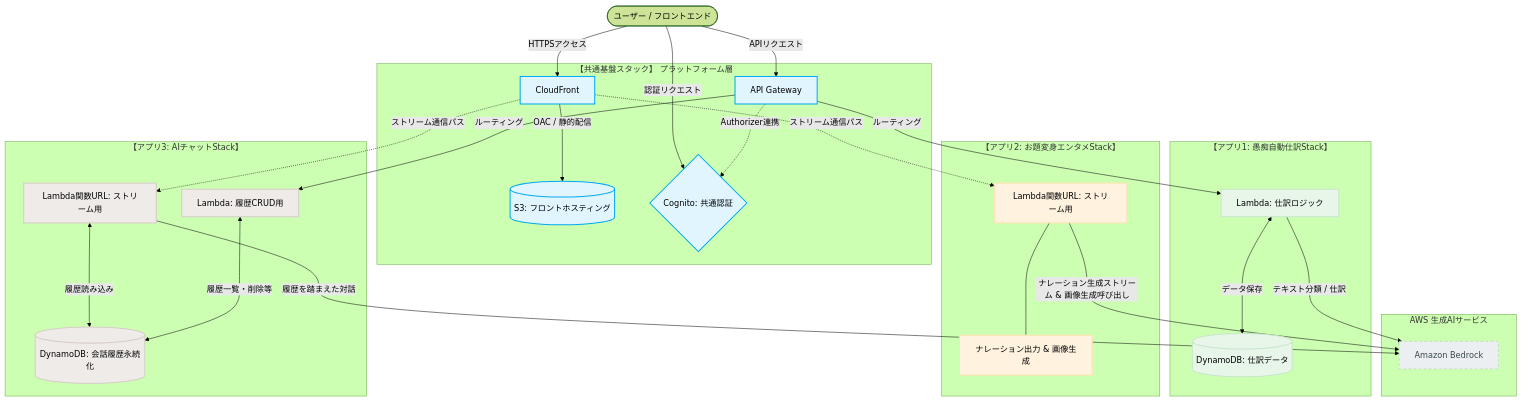
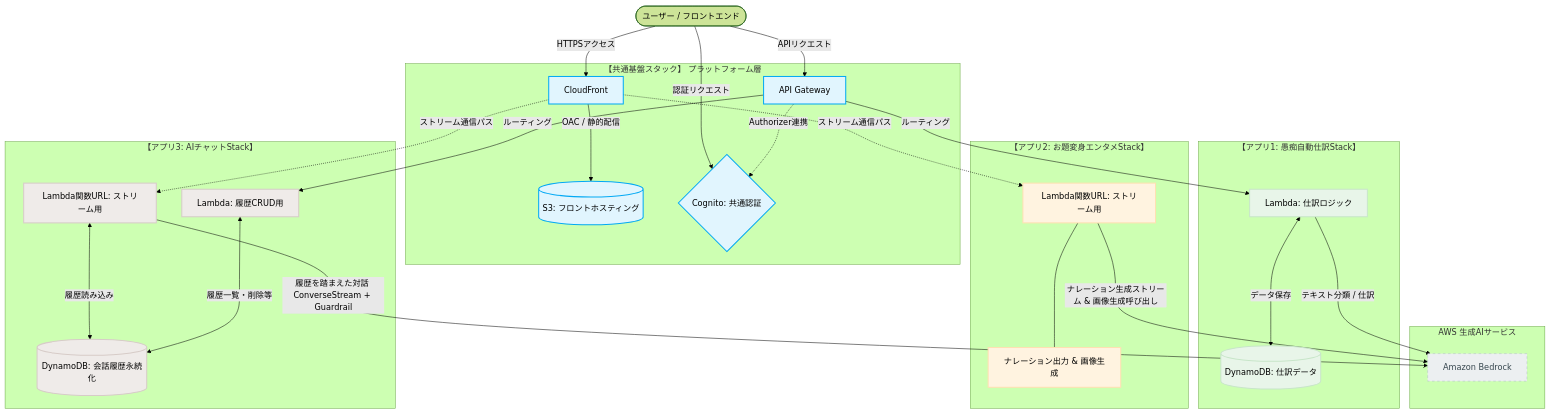
Before and after one commit to kmemn46/kuso-account-ai: the diagram in README.md, drawn with Mermaid (forest theme). The commit also changed other lines of this file and 8 other files, not shown here.

````diff
--- a/README.md
+++ b/README.md
@@ -23,81 +23,81 @@
 ```mermaid
 graph TB
     %% スタイル定義
     classDef common fill:#e1f5fe,stroke:#03a9f4,stroke-width:2px,color:#000;
     classDef app1 fill:#e8f5e9,stroke:#c8e6c9,stroke-width:2px,color:#000;
     classDef app2 fill:#fff3e0,stroke:#ffe0b2,stroke-width:2px,color:#000;
     classDef app3 fill:#efebe9,stroke:#d7ccc8,stroke-width:2px,color:#000;
     classDef external fill:#eceff1,stroke:#b0bec5,stroke-width:1px,stroke-dasharray: 5 5,color:#37474f;
 
     User([ユーザー / フロントエンド])
 
     %% -------------------------------------------------------
     %% 共通基盤スタック
     %% -------------------------------------------------------
     subgraph CommonStack ["【共通基盤スタック】 プラットフォーム層"]
         CF[CloudFront]:::common
         S3[(S3: フロントホスティング)]:::common
         Cognito{Cognito: 共通認証}:::common
         APIGW[API Gateway]:::common
         
         CF -->|OAC / 静的配信| S3
     end
 
     User -->|HTTPSアクセス| CF
     User -->|認証リクエスト| Cognito
 
     %% -------------------------------------------------------
     %% アプリStack 1
     %% -------------------------------------------------------
     subgraph App1Stack ["【アプリ1: 愚痴自動仕訳Stack】"]
         Lambda1[Lambda: 仕訳ロジック]:::app1
         DDB1[(DynamoDB: 仕訳データ)]:::app1
         
         Lambda1 <-->|データ保存| DDB1
     end
 
     %% -------------------------------------------------------
     %% アプリStack 2
     %% -------------------------------------------------------
     subgraph App2Stack ["【アプリ2: お題変身エンタメStack】"]
         Furl2[Lambda関数URL: ストリーム用]:::app2
         note2[ナレーション出力 & 画像生成]:::app2
         
         Furl2 --- note2
     end
 
     %% -------------------------------------------------------
     %% アプリStack 3
     %% -------------------------------------------------------
     subgraph App3Stack ["【アプリ3: AIチャットStack】"]
         Furl3[Lambda関数URL: ストリーム用]:::app3
         Lambda3_CRUD[Lambda: 履歴CRUD用]:::app3
         DDB3[(DynamoDB: 会話履歴永続化)]:::app3
         
         Furl3 <-->|履歴読み込み| DDB3
         Lambda3_CRUD <-->|履歴一覧・削除等| DDB3
     end
 
     %% 外部AIサービス
     subgraph ExternalAPI ["AWS 生成AIサービス"]
         Bedrock[Amazon Bedrock]:::external
     end
 
     %% -------------------------------------------------------
     %% ルーティング・データフローの接続
     %% -------------------------------------------------------
     %% 認証・通信ルーティング
     APIGW -.->|Authorizer連携| Cognito
     CF -.->|ストリーム通信パス| Furl2
     CF -.->|ストリーム通信パス| Furl3
 
     %% フロントからのAPI Gateway経由リクエスト
     User -->|APIリクエスト| APIGW
     APIGW -->|ルーティング| Lambda1
     APIGW -->|ルーティング| Lambda3_CRUD
 
     %% Bedrockへの接続
     Lambda1 -->|テキスト分類 / 仕訳| Bedrock
-    Furl2 -->|ナレーション生成ストリーム & 画像生成呼び出し| Bedrock
-    Furl3 -->|履歴を踏まえた対話| Bedrock
+    Furl2 -->|ナレーション生成ストリーム & 画像生成呼び出し| Bedrock 
+    Furl3 -->|履歴を踏まえた対話 ConverseStream + Guardrail| Bedrock
 ```
````
